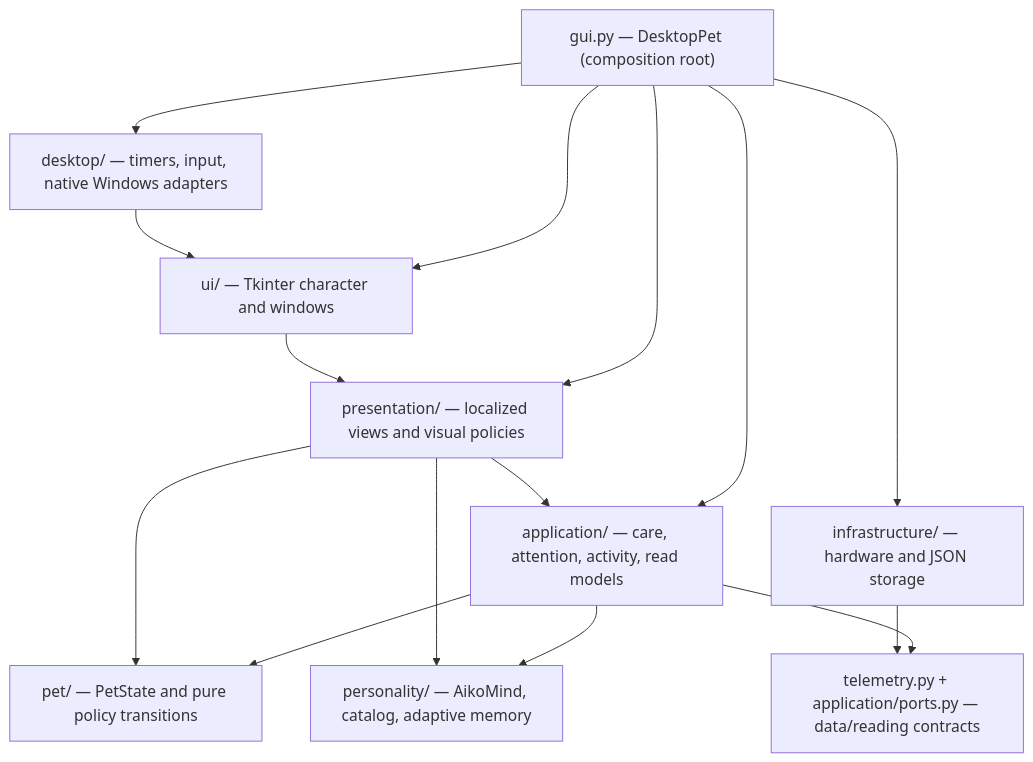
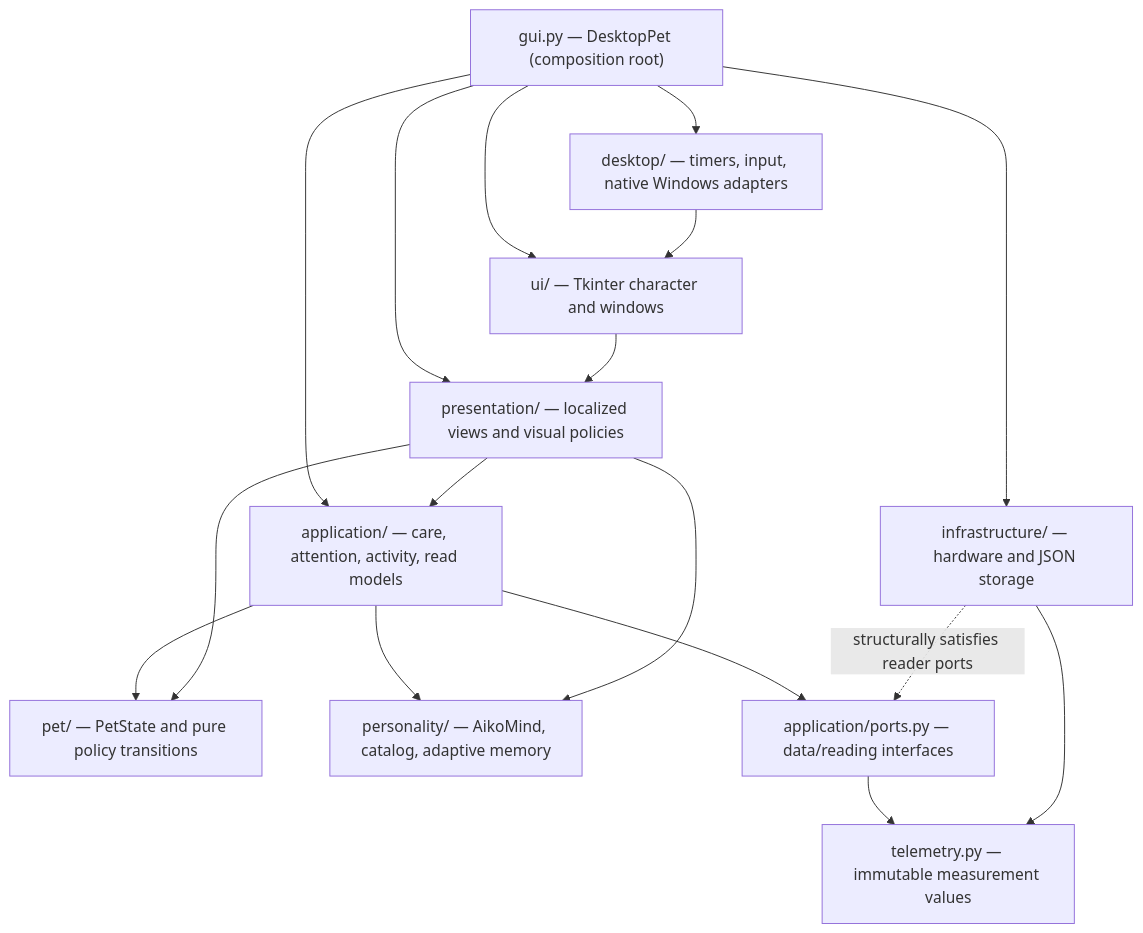
One commit to Lexoniarus/aiko-desktop-pet changed the diagram in docs/ARCHITECTURE.md. Above: the diagram before and after it, drawn with Mermaid. The commit also changed other lines of this file and 10 other files, not shown here.

Commit message:
docs: complete public polish with changelog, security and architecture clarity

````diff
--- a/docs/ARCHITECTURE.md
+++ b/docs/ARCHITECTURE.md
@@ -9,27 +9,30 @@
 ```mermaid
 flowchart TB
     Shell["gui.py — DesktopPet (composition root)"]
     App["application/ — care, attention, activity, read models"]
     Domain["pet/ — PetState and pure policy transitions"]
     Mind["personality/ — AikoMind, catalog, adaptive memory"]
     Presentation["presentation/ — localized views and visual policies"]
     Widgets["ui/ — Tkinter character and windows"]
     Desktop["desktop/ — timers, input, native Windows adapters"]
     Infra["infrastructure/ — hardware and JSON storage"]
-    Ports["telemetry.py + application/ports.py — data/reading contracts"]
+    Telemetry["telemetry.py — immutable measurement values"]
+    Ports["application/ports.py — data/reading interfaces"]
 
     Shell --> App
     Shell --> Presentation
     Shell --> Widgets
     Shell --> Desktop
     Shell --> Infra
     App --> Domain
     App --> Mind
     App --> Ports
+    Ports --> Telemetry
+    Infra --> Telemetry
     Presentation --> App
     Presentation --> Domain
     Presentation --> Mind
     Widgets --> Presentation
     Desktop --> Widgets
-    Infra --> Ports
+    Infra -. "structurally satisfies reader ports" .-> Ports
 ```
````
